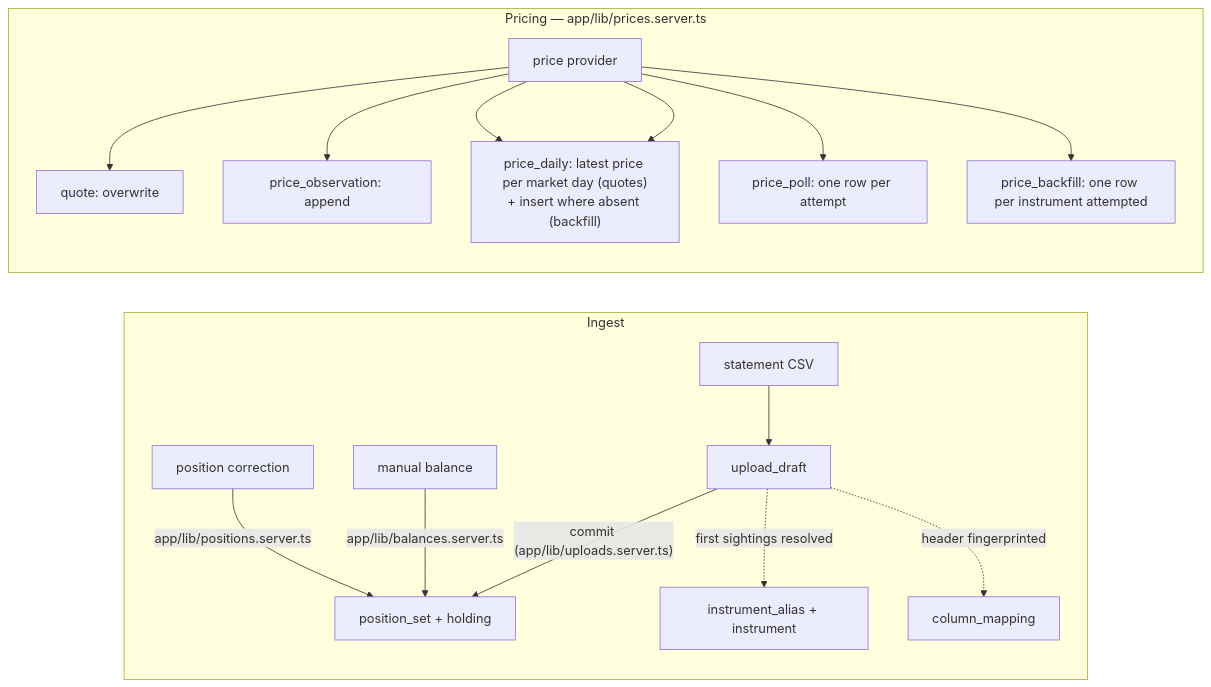
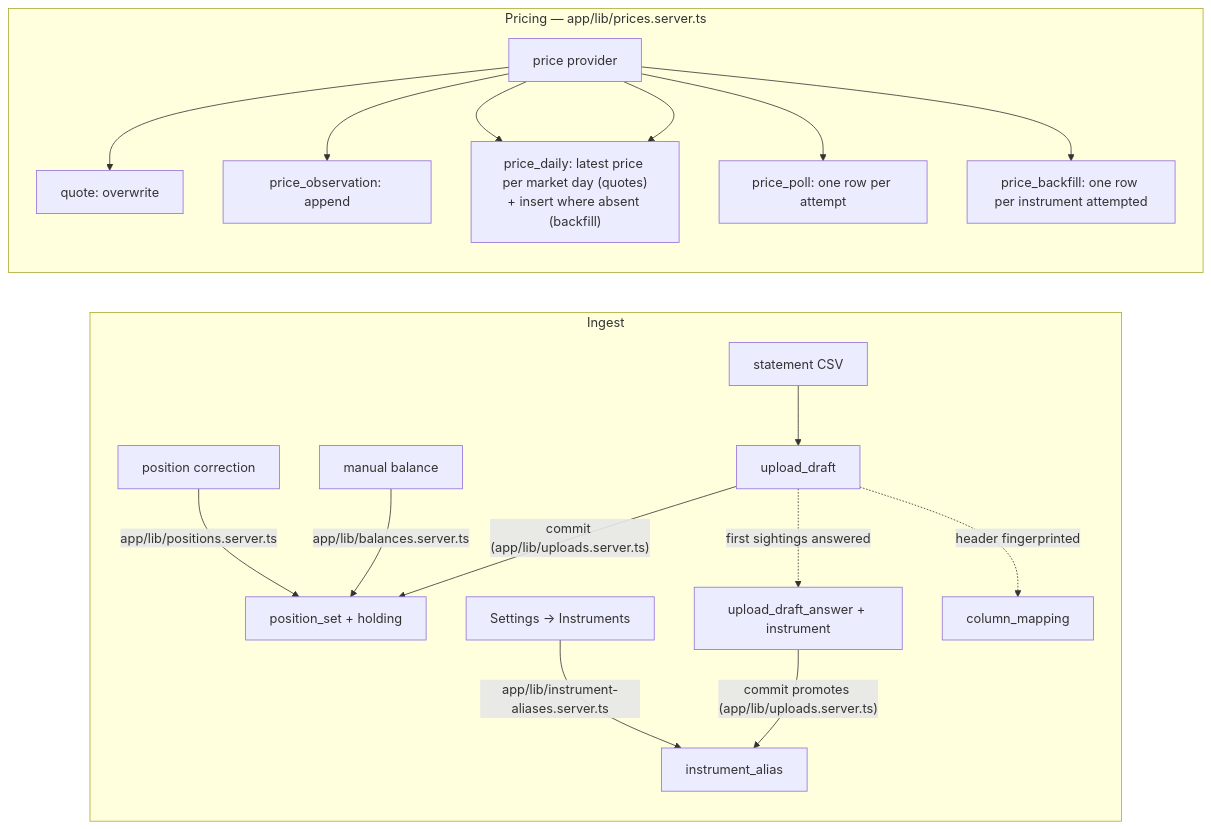
Before and after one commit to chethan123/portfolio: the second of 2 diagrams in docs/data-model.md, drawn with Mermaid. The commit also changed other lines of this file and 9 other files, not shown here.

````diff
--- a/docs/data-model.md
+++ b/docs/data-model.md
@@ -663,19 +688,21 @@
 ```mermaid
 flowchart LR
     subgraph ingest [Ingest]
         CSV[statement CSV] --> UD[upload_draft]
         UD -->|"commit (app/lib/uploads.server.ts)"| PS[position_set + holding]
         MB[manual balance] -->|app/lib/balances.server.ts| PS
         PC[position correction] -->|app/lib/positions.server.ts| PS
-        UD -.->|first sightings resolved| IA[instrument_alias + instrument]
+        UD -.->|first sightings answered| UDA[upload_draft_answer + instrument]
+        UDA -->|"commit promotes (app/lib/uploads.server.ts)"| IA[instrument_alias]
+        SI[Settings → Instruments] -->|app/lib/instrument-aliases.server.ts| IA
         UD -.->|header fingerprinted| CM[column_mapping]
     end
     subgraph pricing [Pricing — app/lib/prices.server.ts]
         P[price provider] --> Q[quote: overwrite]
         P --> PO[price_observation: append]
         P --> PD["price_daily: latest price per market day (quotes)<br/>+ insert where absent (backfill)"]
         P --> PL[price_poll: one row per attempt]
         P --> PD
         P --> BF[price_backfill: one row per instrument attempted]
     end
 ```
````
